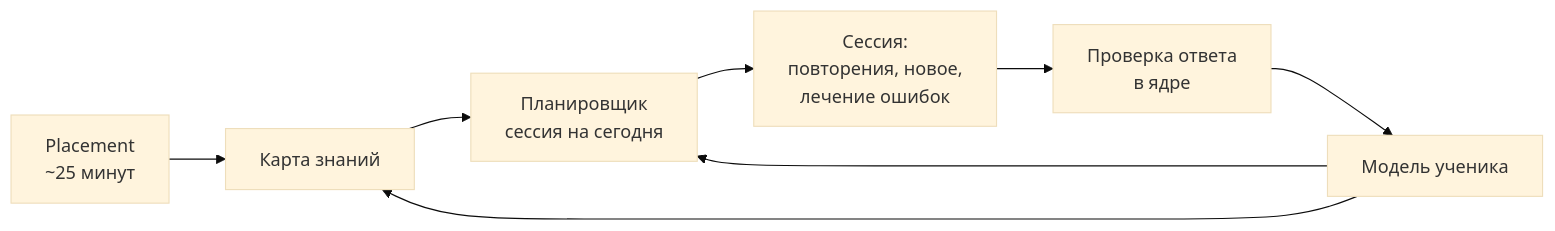
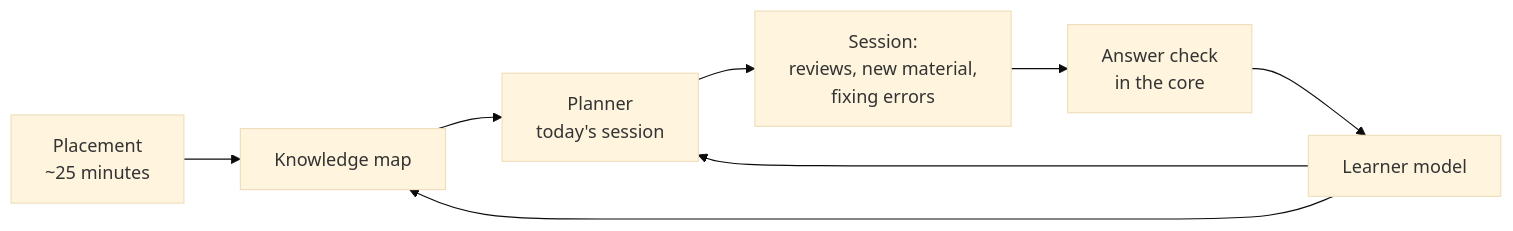
The first of 2 diagrams in README.md (shkrjnv/refl), drawn with Mermaid (base theme) before and after one commit. The commit also changed other lines of this file, not shown here.

````diff
--- a/README.md
+++ b/README.md
@@ -53,10 +57,10 @@
 ```mermaid
 flowchart LR
-  PL[Placement<br/>~25 минут] --> MAP[Карта знаний]
-  MAP --> PLAN[Планировщик<br/>сессия на сегодня]
-  PLAN --> S[Сессия:<br/>повторения, новое,<br/>лечение ошибок]
-  S --> CHK[Проверка ответа<br/>в ядре]
-  CHK --> M[Модель ученика]
+  PL[Placement<br/>~25 minutes] --> MAP[Knowledge map]
+  MAP --> PLAN[Planner<br/>today's session]
+  PLAN --> S[Session:<br/>reviews, new material,<br/>fixing errors]
+  S --> CHK[Answer check<br/>in the core]
+  CHK --> M[Learner model]
   M --> PLAN
   M --> MAP
 ```
````
